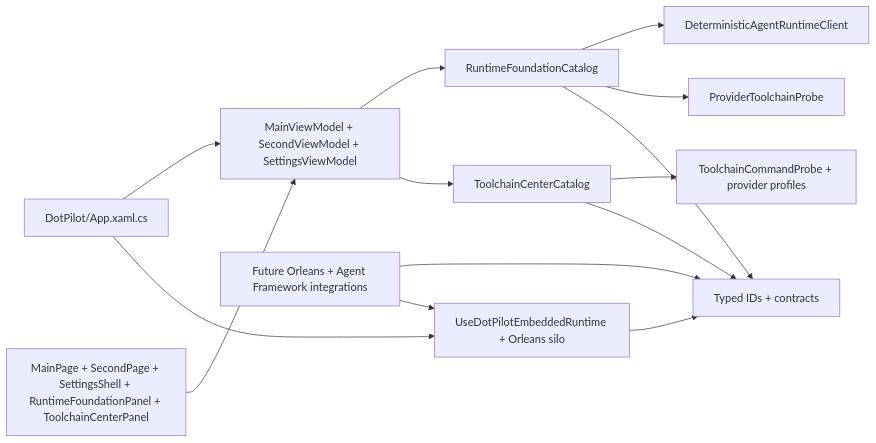
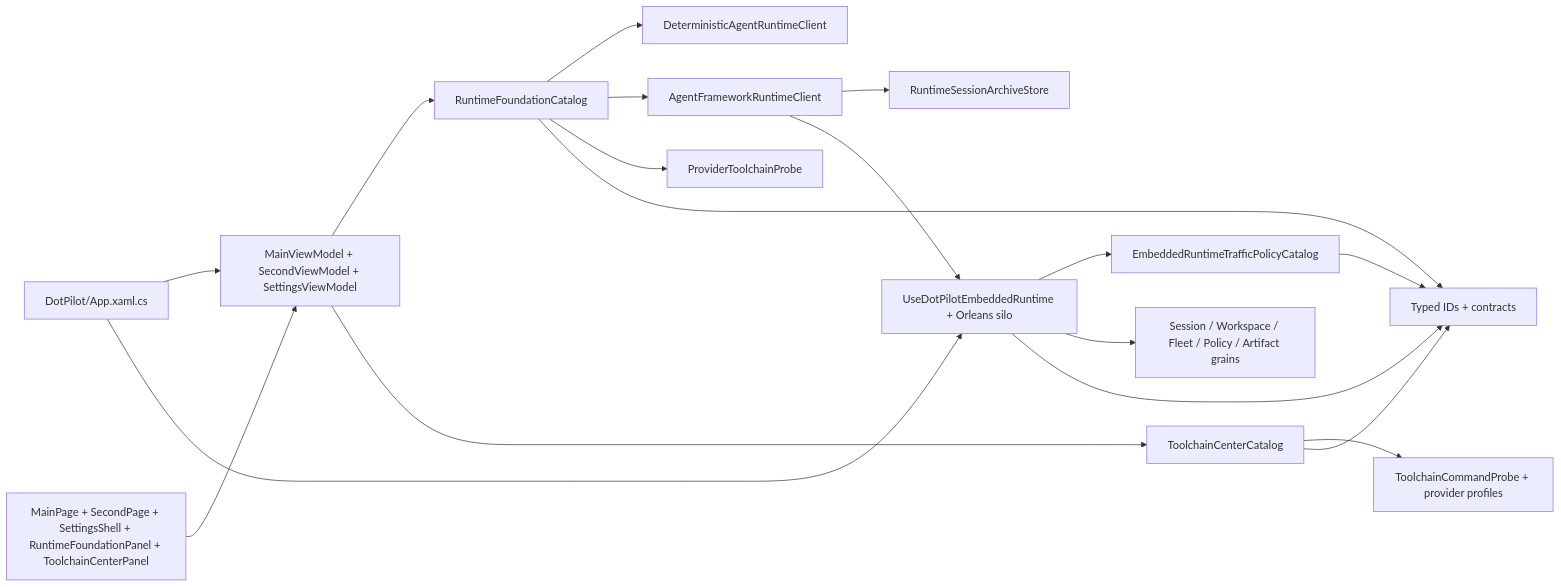
One commit to managedcode/dotPilot changed the fifth of 5 diagrams in docs/Architecture.md. Above: the diagram before and after it, drawn with Mermaid. The commit also changed other lines of this file and 27 other files, not shown here.

Commit message:
Implement embedded runtime epic

````diff
--- a/docs/Architecture.md
+++ b/docs/Architecture.md
@@ -166,28 +174,35 @@
 ```mermaid
 flowchart LR
   App["DotPilot/App.xaml.cs"]
   Views["MainPage + SecondPage + SettingsShell + RuntimeFoundationPanel + ToolchainCenterPanel"]
   ViewModels["MainViewModel + SecondViewModel + SettingsViewModel"]
   Catalog["RuntimeFoundationCatalog"]
   Toolchains["ToolchainCenterCatalog"]
-  TestClient["DeterministicAgentRuntimeClient"]
+  BrowserClient["DeterministicAgentRuntimeClient"]
+  DesktopClient["AgentFrameworkRuntimeClient"]
+  Archive["RuntimeSessionArchiveStore"]
+  Traffic["EmbeddedRuntimeTrafficPolicyCatalog"]
   Probe["ProviderToolchainProbe"]
   ToolchainProbe["ToolchainCommandProbe + provider profiles"]
   EmbeddedHost["UseDotPilotEmbeddedRuntime + Orleans silo"]
   Contracts["Typed IDs + contracts"]
-  Future["Future Orleans + Agent Framework integrations"]
+  Grains["Session / Workspace / Fleet / Policy / Artifact grains"]
 
   App --> ViewModels
   Views --> ViewModels
   ViewModels --> Catalog
   ViewModels --> Toolchains
-  Catalog --> TestClient
+  Catalog --> BrowserClient
+  Catalog --> DesktopClient
   Catalog --> Probe
   Catalog --> Contracts
   Toolchains --> ToolchainProbe
   Toolchains --> Contracts
   App --> EmbeddedHost
+  DesktopClient --> Archive
+  DesktopClient --> EmbeddedHost
+  EmbeddedHost --> Traffic
+  EmbeddedHost --> Grains
   EmbeddedHost --> Contracts
-  Future --> Contracts
-  Future --> EmbeddedHost
+  Traffic --> Contracts
 ```
````
